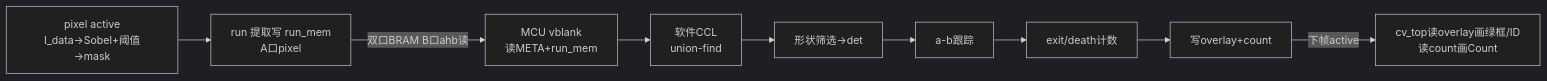
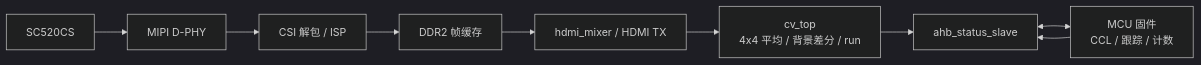
Before and after one commit to ZCM8848/anlogic-fpga-design: the diagram in work/camera_hdmi_720p/docs/plan.md, drawn with Mermaid (dark theme). The commit also changed other lines of this file and 10 other files, not shown here.

````diff
--- a/work/camera_hdmi_720p/docs/plan.md
+++ b/work/camera_hdmi_720p/docs/plan.md
@@ -292,11 +15,11 @@
 ```mermaid
-graph LR
-  A["pixel active<br/>I_data→Sobel+阈值→mask"] --> B["run 提取写 run_mem<br/>A口pixel"]
-  B -->|双口BRAM B口ahb读| C["MCU vblank<br/>读META+run_mem"]
-  C --> D["软件CCL<br/>union-find"]
-  D --> E["形状筛选→det"]
-  E --> F["a-b跟踪"]
-  F --> G["exit/death计数"]
-  G --> H["写overlay+count"]
-  H -->|下帧active| I["cv_top读overlay画绿框/ID<br/>读count画Count"]
+flowchart LR
+  CAM["SC520CS"] --> MIPI["MIPI D-PHY"]
+  MIPI --> ISP["CSI 解包 / ISP"]
+  ISP --> DDR["DDR2 帧缓存"]
+  DDR --> HDMI["hdmi_mixer / HDMI TX"]
+  HDMI --> CV["cv_top<br/>4x4 平均 / 背景差分 / run"]
+  CV --> AHB["ahb_status_slave"]
+  AHB <--> MCU["MCU 固件<br/>CCL / 跟踪 / 计数"]
+  MCU --> AHB
 ```
````
